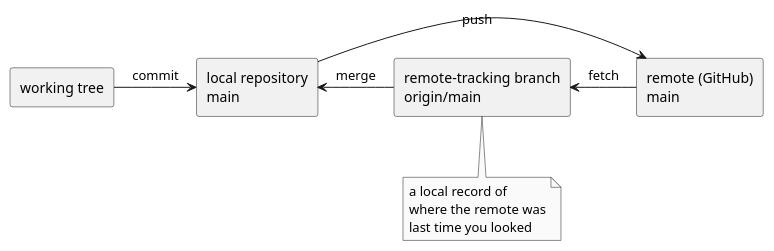
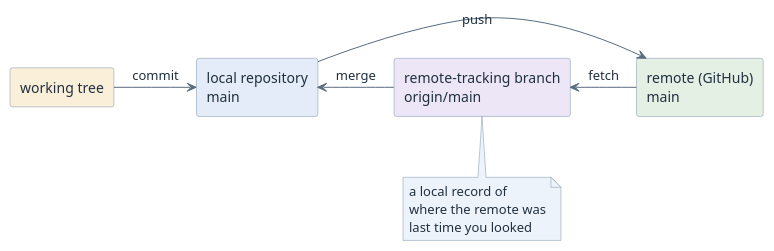
One commit to htl-leonding-college/curriculum-syp3 changed the diagram in modules/git-conflicts-remotes/index.adoc. Above: the diagram before and after it, drawn with PlantUML. The commit also changed 65 other files, not shown here.

First line of the commit message:
feat(site): give the diagrams a semantic pastel palette

```diff
--- a/modules/git-conflicts-remotes/index.adoc
+++ b/modules/git-conflicts-remotes/index.adoc
@@ -26,16 +26,19 @@
 [plantuml,git-remotes,svg]
 ----
 @startuml
-skinparam monochrome true
+<style>
+element { BackgroundColor #EDF3FA; LineColor #7C93AD; FontColor #21303F }
+arrow { LineColor #5A6B7D; FontColor #21303F }
+</style>
 skinparam shadowing false
-rectangle "working tree" as W
-rectangle "local repository\nmain" as L
-rectangle "remote-tracking branch\norigin/main" as T
-rectangle "remote (GitHub)\nmain" as R
+rectangle "working tree" as W #FAF0D9
+rectangle "local repository\nmain" as L #E3ECF8
+rectangle "remote-tracking branch\norigin/main" as T #ECE6F7
+rectangle "remote (GitHub)\nmain" as R #E4F0E4
 W -right-> L : commit
 L -right-> R : push
 R -left-> T : fetch
 T -left-> L : merge
 note bottom of T : a local record of\nwhere the remote was\nlast time you looked
 @enduml
 ----
```
